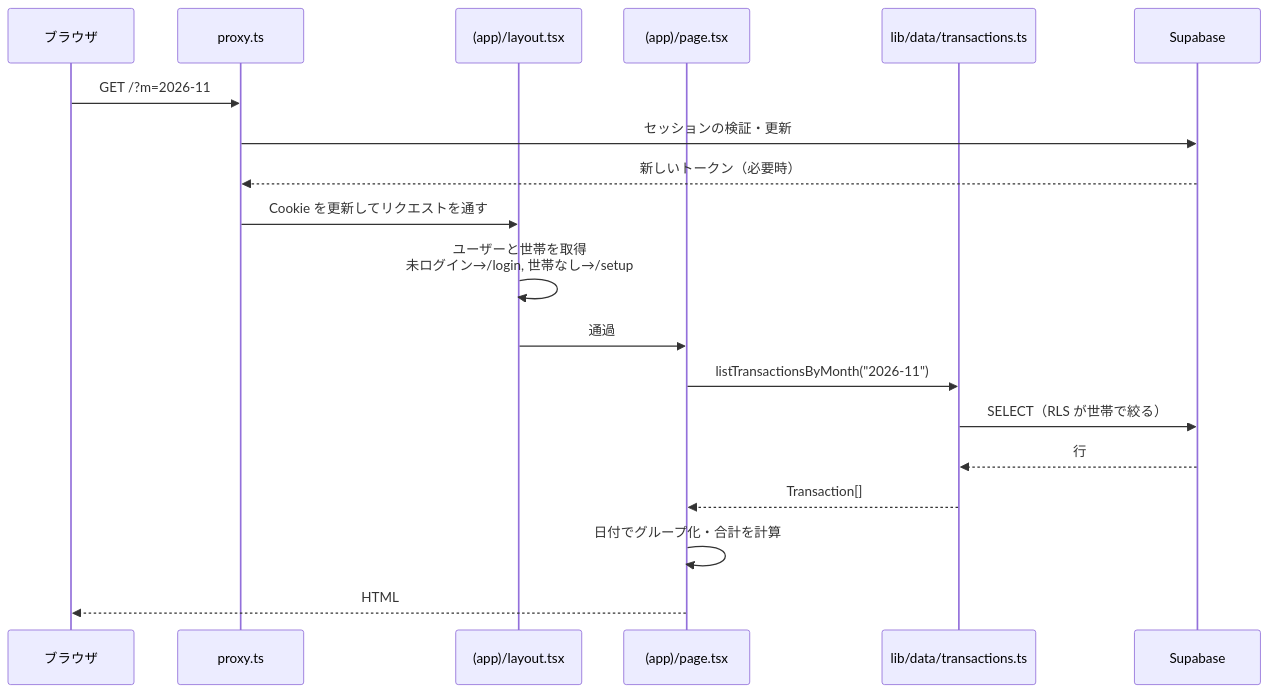
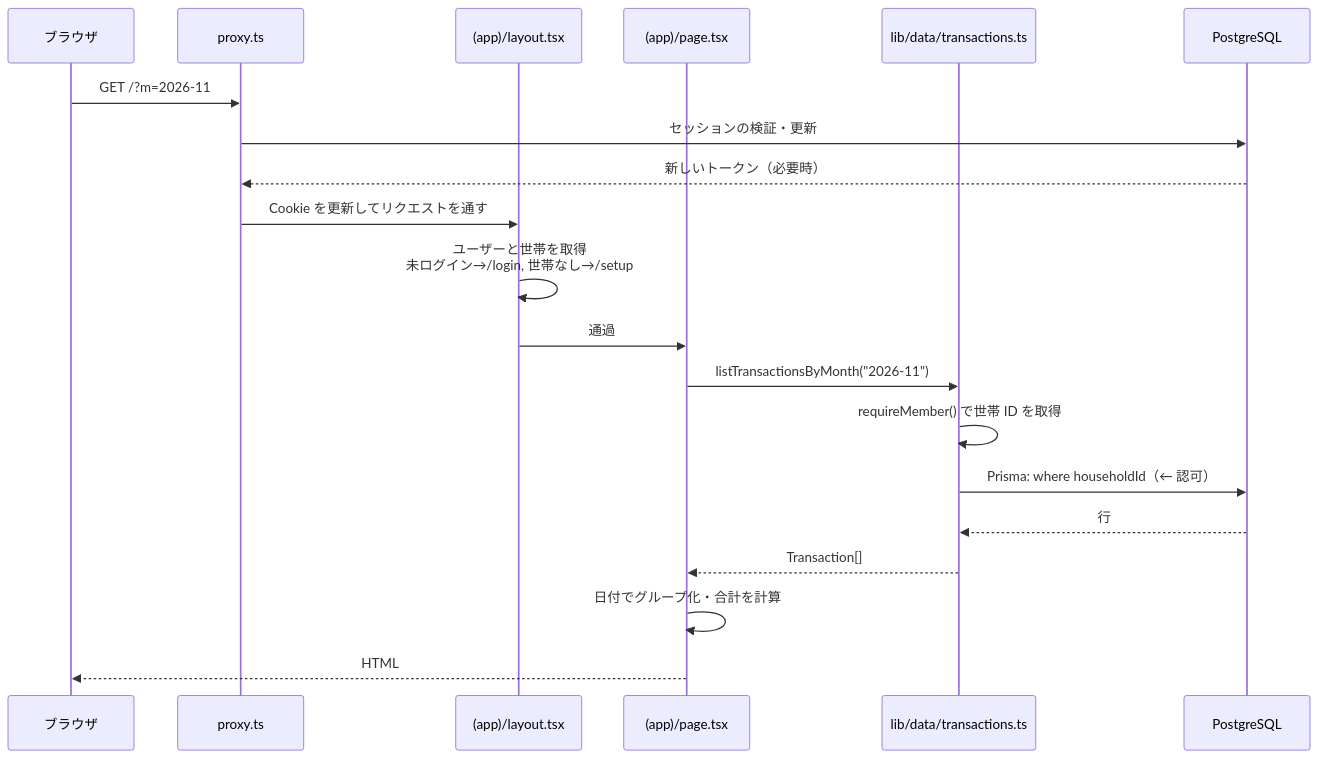
The third of 6 diagrams in docs/02-design/architecture.md (arize-matsuda/monely), drawn with Mermaid before and after one commit. The commit also changed other lines of this file and 34 other files, not shown here.

````diff
--- a/docs/02-design/architecture.md
+++ b/docs/02-design/architecture.md
@@ -162,22 +166,23 @@
 ```mermaid
 sequenceDiagram
     participant B as ブラウザ
     participant P as proxy.ts
     participant L as (app)/layout.tsx
     participant Pg as (app)/page.tsx
     participant D as lib/data/transactions.ts
-    participant S as Supabase
+    participant S as PostgreSQL
 
     B->>P: GET /?m=2026-11
     P->>S: セッションの検証・更新
     S-->>P: 新しいトークン（必要時）
     P->>L: Cookie を更新してリクエストを通す
     L->>L: ユーザーと世帯を取得<br/>未ログイン→/login, 世帯なし→/setup
     L->>Pg: 通過
     Pg->>D: listTransactionsByMonth("2026-11")
-    D->>S: SELECT（RLS が世帯で絞る）
+    D->>D: requireMember() で世帯 ID を取得
+    D->>S: Prisma: where householdId（← 認可）
     S-->>D: 行
     D-->>Pg: Transaction[]
     Pg->>Pg: 日付でグループ化・合計を計算
     Pg-->>B: HTML
 ```
````
